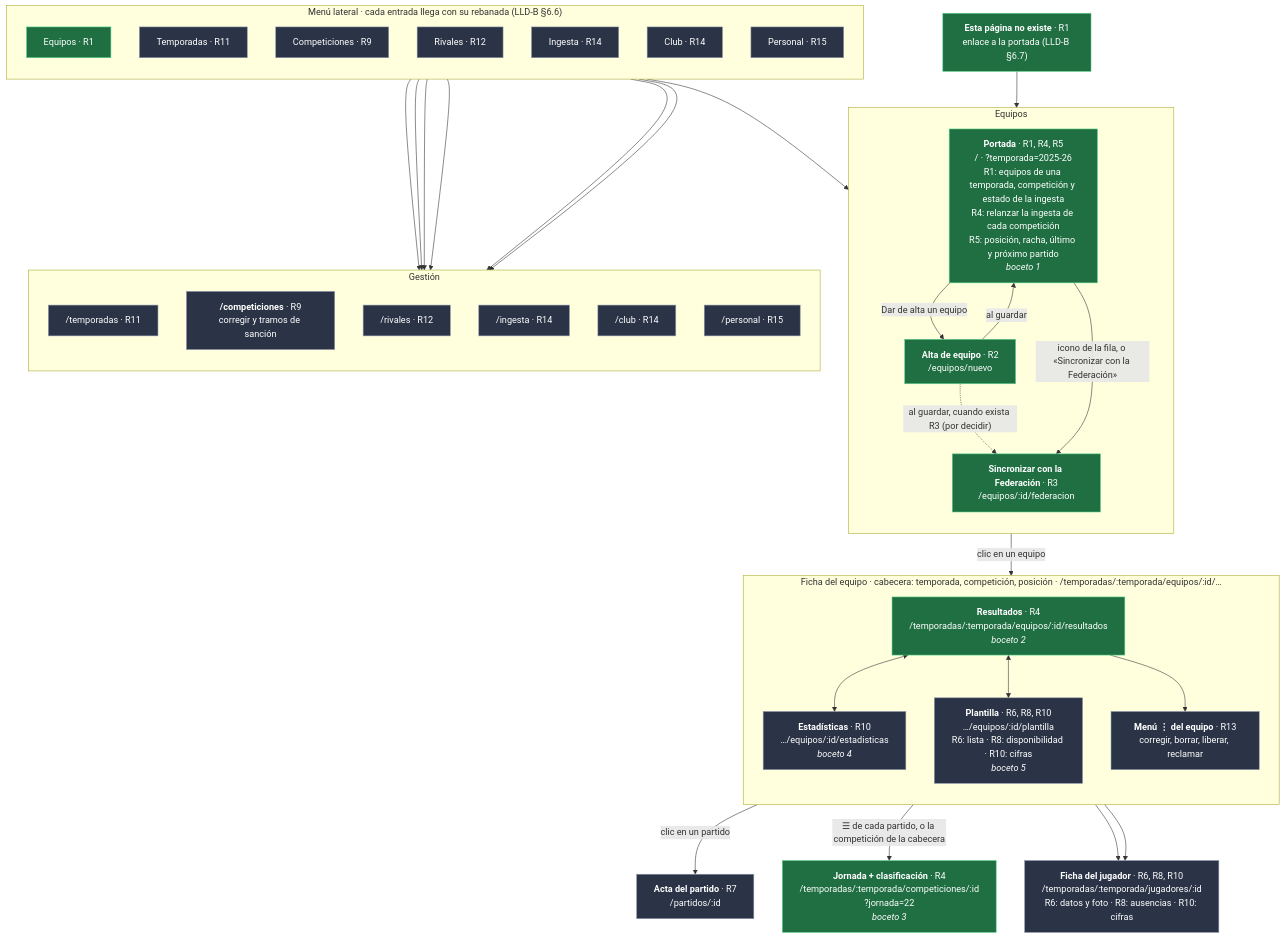
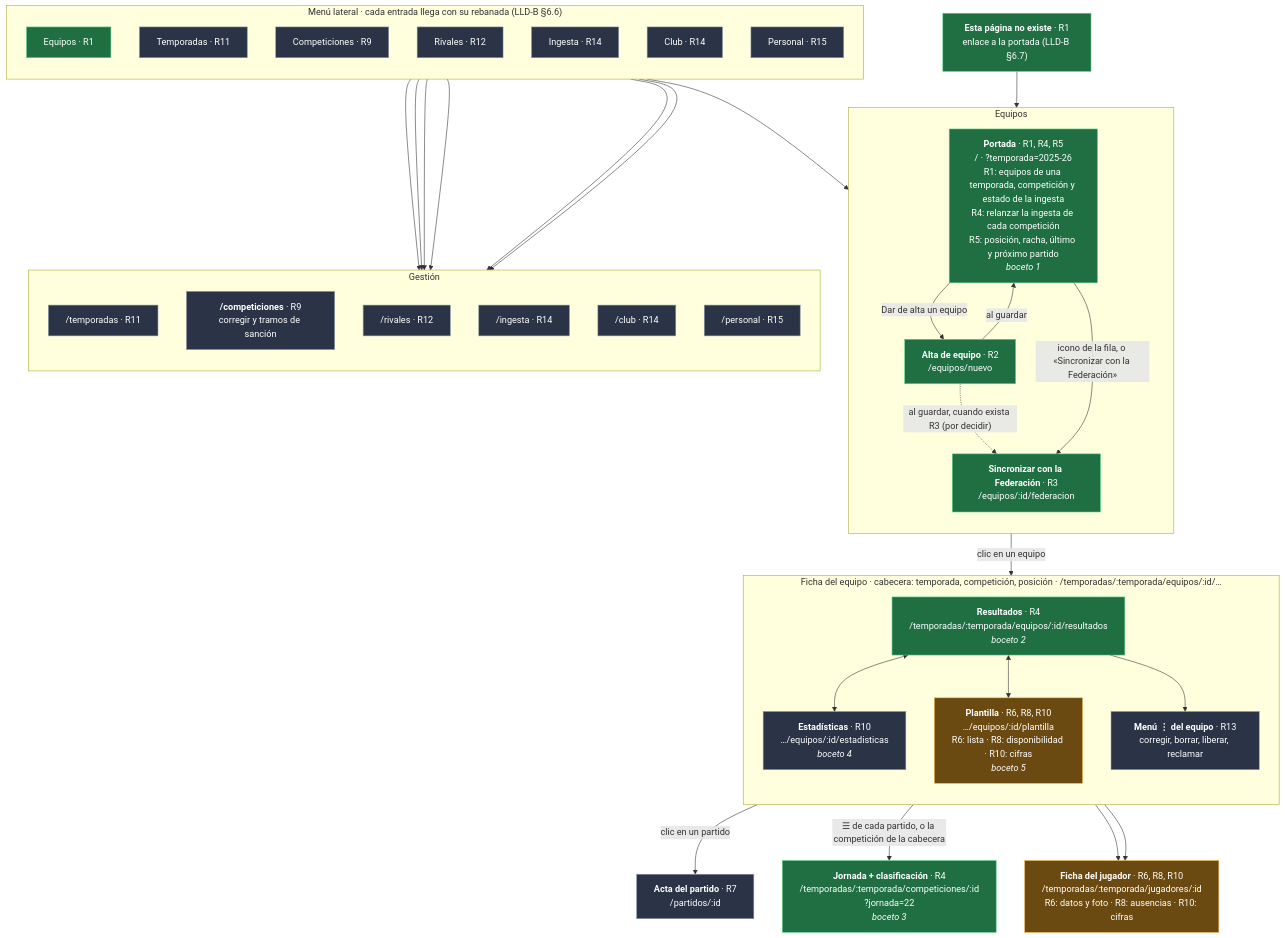
One commit to tongilcoto/mbs-TFM changed the diagram in docs/Plan de desarrollo backoffice-001.md. Above: the diagram before and after it, drawn with Mermaid. The commit also changed 1 other file, not shown here.

Commit message:
Mapa de pantallas: la Plantilla y la Ficha del jugador, en curso
Salían en gris, como pendientes, con la R6 empezada; ahora en ámbar, como
dice la leyenda. En el cierre de la R6 (R6.20), a verde.

````diff
--- a/docs/Plan de desarrollo backoffice-001.md
+++ b/docs/Plan de desarrollo backoffice-001.md
@@ -132,73 +132,74 @@
 ```mermaid
 flowchart TB
     subgraph MENU["Menú lateral · cada entrada llega con su rebanada (LLD-B §6.6)"]
         direction TB
         mEq["Equipos · R1"]
         mTem["Temporadas · R11"]
         mCom["Competiciones · R9"]
         mRiv["Rivales · R12"]
         mIng["Ingesta · R14"]
         mClub["Club · R14"]
         mPer["Personal · R15"]
     end
 
     subgraph EQUIPOS["Equipos"]
         direction TB
         P["<b>Portada</b> · R1, R4, R5<br/>/ · ?temporada=2025-26<br/>R1: equipos de una temporada, competición y estado de la ingesta<br/>R4: relanzar la ingesta de cada competición<br/>R5: posición, racha, último y próximo partido<br/><i>boceto 1</i>"]
         A["<b>Alta de equipo</b> · R2<br/>/equipos/nuevo"]
         F["<b>Sincronizar con la Federación</b> · R3<br/>/equipos/:id/federacion"]
     end
 
     subgraph FICHA["Ficha del equipo · cabecera: temporada, competición, posición · /temporadas/:temporada/equipos/:id/…"]
         direction TB
         R["<b>Resultados</b> · R4<br/>/temporadas/:temporada/equipos/:id/resultados<br/><i>boceto 2</i>"]
         E["<b>Estadísticas</b> · R10<br/>…/equipos/:id/estadisticas<br/><i>boceto 4</i>"]
         PL["<b>Plantilla</b> · R6, R8, R10<br/>…/equipos/:id/plantilla<br/>R6: lista · R8: disponibilidad · R10: cifras<br/><i>boceto 5</i>"]
         AX["<b>Menú ⋮ del equipo</b> · R13<br/>corregir, borrar, liberar, reclamar"]
     end
 
     J["<b>Jornada + clasificación</b> · R4<br/>/temporadas/:temporada/competiciones/:id<br/>?jornada=22<br/><i>boceto 3</i>"]
     ACTA["<b>Acta del partido</b> · R7<br/>/partidos/:id"]
     JUG["<b>Ficha del jugador</b> · R6, R8, R10<br/>/temporadas/:temporada/jugadores/:id<br/>R6: datos y foto · R8: ausencias · R10: cifras"]
 
     subgraph GESTION["Gestión"]
         direction TB
         GT["/temporadas · R11"]
         GCo["<b>/competiciones</b> · R9<br/>corregir y tramos de sanción"]
         GR["/rivales · R12"]
         GI["/ingesta · R14"]
         GC["/club · R14"]
         GP["/personal · R15"]
     end
 
     NF["<b>Esta página no existe</b> · R1<br/>enlace a la portada (LLD-B §6.7)"]
 
     mEq --> P
     mTem --> GT
     mCom --> GCo
     mRiv --> GR
     mIng --> GI
     mClub --> GC
     mPer --> GP
 
     P -->|"Dar de alta un equipo"| A
     A -->|"al guardar"| P
     A -.->|"al guardar, cuando exista R3 (por decidir)"| F
     P -->|"icono de la fila, o «Sincronizar con la Federación»"| F
     P -->|"clic en un equipo"| R
     R <--> E
     R <--> PL
     R --> AX
     R -->|"clic en un partido"| ACTA
     R -->|"☰ de cada partido, o la competición de la cabecera"| J
     PL --> JUG
     E --> JUG
     NF --> P
 
     classDef hecha fill:#1f6f43,stroke:#5bd38a,color:#fff
     classDef enCurso fill:#6b4a12,stroke:#f0b54a,color:#fff
     classDef pendiente fill:#2b3446,stroke:#8a94a8,color:#fff
     classDef hueco fill:#2b3446,stroke:#f0b54a,color:#fff,stroke-dasharray:5 5
     class mEq,NF,P,A,F,R,J hecha
-    class mTem,mCom,mRiv,mIng,mClub,mPer,E,PL,AX,ACTA,JUG,GT,GCo,GR,GI,GC,GP pendiente
+    class PL,JUG enCurso
+    class mTem,mCom,mRiv,mIng,mClub,mPer,E,AX,ACTA,GT,GCo,GR,GI,GC,GP pendiente
 ```
````
